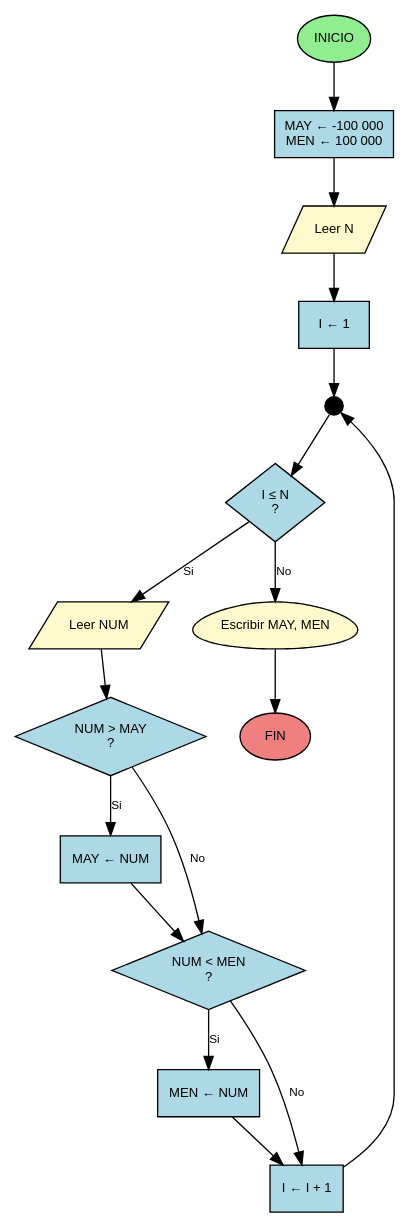
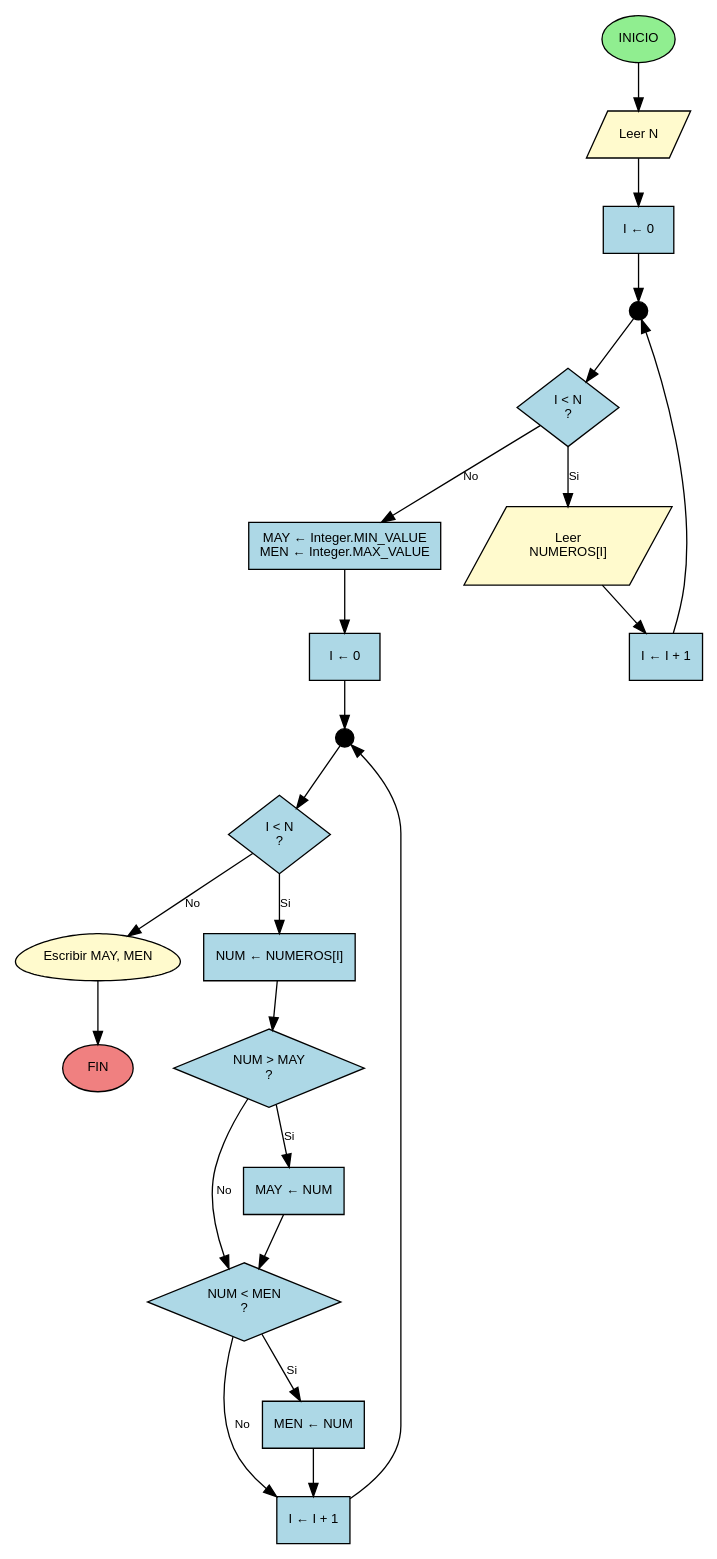
One commit to D1egoXD/JAVA-TICS changed the diagram in diagramas/problema_3_6.dot. Above: the diagram before and after it, drawn with Graphviz.

Commit message:
Actualizar diagrama 3.6 - Dos ciclos (leer array y procesar) según código Java

```diff
--- a/diagramas/problema_3_6.dot
+++ b/diagramas/problema_3_6.dot
@@ -1,72 +1,78 @@
 digraph MayorMenor {
     // Configuración general
     rankdir=TB;
     node [shape=box, style=filled, fontname="Arial", fontsize=10];
     edge [fontname="Arial", fontsize=9];
 
     // Nodo inicial
     start [label="INICIO", shape=oval, fillcolor="#90EE90", color=black, fontcolor=black];
 
-    // Inicialización de variables
-    init [label="MAY ← -100 000\nMEN ← 100 000", shape=box, fillcolor="#ADD8E6", color=black, fontcolor=black];
-
     // Lectura de N
     readN [label="Leer N", shape=parallelogram, fillcolor="#FFFACD", color=black, fontcolor=black];
 
-    // Inicialización del contador
-    initI [label="I ← 1", shape=box, fillcolor="#ADD8E6", color=black, fontcolor=black];
+    // Primer ciclo: Leer números en array
+    initI1 [label="I ← 0", shape=box, fillcolor="#ADD8E6", color=black, fontcolor=black];
+    converge1 [label="", shape=circle, width=0.2, height=0.2, fillcolor=black, color=black];
+    decisionCiclo1 [label="I < N\n?", shape=diamond, fillcolor="#ADD8E6", color=black, fontcolor=black];
+    readNum [label="Leer\nNUMEROS[I]", shape=parallelogram, fillcolor="#FFFACD", color=black, fontcolor=black];
+    increment1 [label="I ← I + 1", shape=box, fillcolor="#ADD8E6", color=black, fontcolor=black];
 
-    // Convergencia antes del ciclo
-    converge1 [label="", shape=circle, width=0.2, height=0.2, fillcolor=black, color=black];
+    // Inicialización de MAY y MEN
+    init [label="MAY ← Integer.MIN_VALUE\nMEN ← Integer.MAX_VALUE", shape=box, fillcolor="#ADD8E6", color=black, fontcolor=black];
 
-    // Decisión del ciclo
-    decisionCiclo [label="I ≤ N\n?", shape=diamond, fillcolor="#ADD8E6", color=black, fontcolor=black];
-
-    // Lectura de NUM
-    readNum [label="Leer NUM", shape=parallelogram, fillcolor="#FFFACD", color=black, fontcolor=black];
+    // Segundo ciclo: Procesar array
+    initI2 [label="I ← 0", shape=box, fillcolor="#ADD8E6", color=black, fontcolor=black];
+    converge2 [label="", shape=circle, width=0.2, height=0.2, fillcolor=black, color=black];
+    decisionCiclo2 [label="I < N\n?", shape=diamond, fillcolor="#ADD8E6", color=black, fontcolor=black];
+    getNum [label="NUM ← NUMEROS[I]", shape=box, fillcolor="#ADD8E6", color=black, fontcolor=black];
 
     // Primera comparación: NUM > MAY
     decisionMayor [label="NUM > MAY\n?", shape=diamond, fillcolor="#ADD8E6", color=black, fontcolor=black];
     updateMay [label="MAY ← NUM", shape=box, fillcolor="#ADD8E6", color=black, fontcolor=black];
 
     // Segunda comparación: NUM < MEN
     decisionMenor [label="NUM < MEN\n?", shape=diamond, fillcolor="#ADD8E6", color=black, fontcolor=black];
     updateMen [label="MEN ← NUM", shape=box, fillcolor="#ADD8E6", color=black, fontcolor=black];
 
     // Incremento del contador
-    increment [label="I ← I + 1", shape=box, fillcolor="#ADD8E6", color=black, fontcolor=black];
+    increment2 [label="I ← I + 1", shape=box, fillcolor="#ADD8E6", color=black, fontcolor=black];
 
     // Escritura de resultados
     writeOutput [label="Escribir MAY, MEN", shape=egg, fillcolor="#FFFACD", color=black, fontcolor=black];
 
     // Nodo final
     end [label="FIN", shape=oval, fillcolor="#F08080", color=black, fontcolor=black];
 
-    // Conexiones principales
-    start -> init;
-    init -> readN;
-    readN -> initI;
-    initI -> converge1;
-    converge1 -> decisionCiclo;
+    // Conexiones - Primer ciclo (leer números)
+    start -> readN;
+    readN -> initI1;
+    initI1 -> converge1;
+    converge1 -> decisionCiclo1;
+    decisionCiclo1 -> readNum [label="Si"];
+    decisionCiclo1 -> init [label="No"];
+    readNum -> increment1;
+    increment1 -> converge1;
 
-    // Ciclo principal
-    decisionCiclo -> readNum [label="Si"];
-    decisionCiclo -> writeOutput [label="No"];
+    // Conexiones - Inicialización y segundo ciclo
+    init -> initI2;
+    initI2 -> converge2;
+    converge2 -> decisionCiclo2;
+    decisionCiclo2 -> getNum [label="Si"];
+    decisionCiclo2 -> writeOutput [label="No"];
 
-    // Flujo dentro del ciclo
-    readNum -> decisionMayor;
-
+    // Flujo dentro del segundo ciclo
+    getNum -> decisionMayor;
     decisionMayor -> updateMay [label="Si"];
     decisionMayor -> decisionMenor [label="No"];
     updateMay -> decisionMenor;
 
     decisionMenor -> updateMen [label="Si"];
-    decisionMenor -> increment [label="No"];
-    updateMen -> increment;
+    decisionMenor -> increment2 [label="No"];
+    updateMen -> increment2;
 
-    // Regreso al inicio del ciclo
-    increment -> converge1;
+    // Regreso al inicio del segundo ciclo
+    increment2 -> converge2;
 
     // Final
     writeOutput -> end;
 }
```
